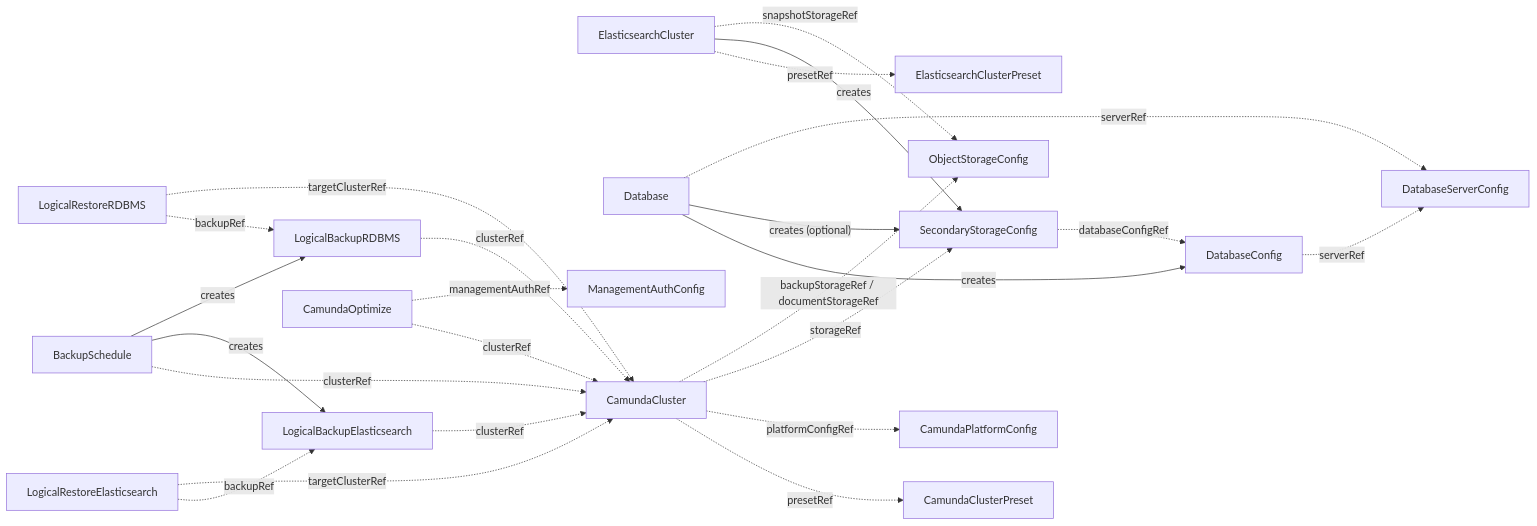
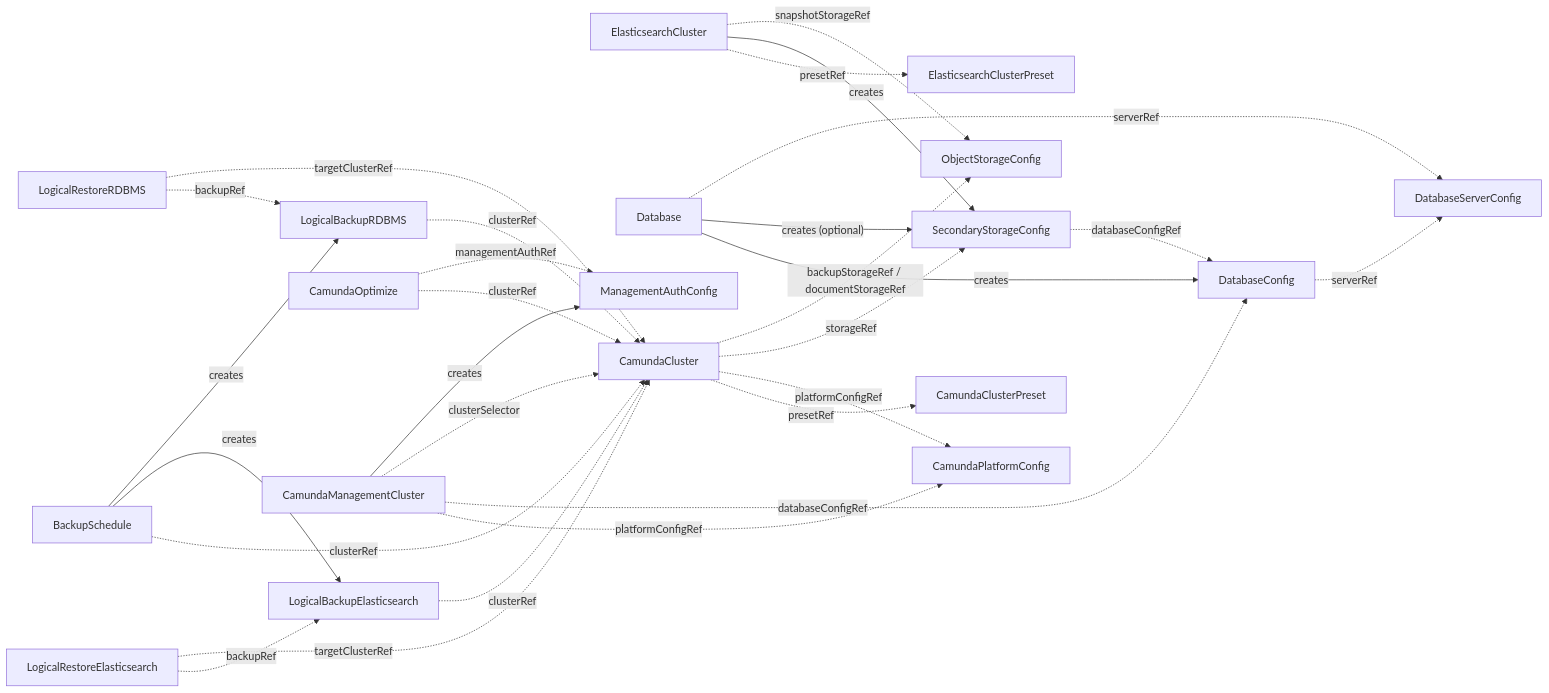
One commit to konsole-is/camunda-operator changed the diagram in docs/crds/index.md. Above: the diagram before and after it, drawn with Mermaid. The commit also changed other lines of this file and 10 other files, not shown here.

````diff
--- a/docs/crds/index.md
+++ b/docs/crds/index.md
@@ -60,48 +66,54 @@
 ```mermaid
 graph LR
     CCP[CamundaClusterPreset]
     PFC[CamundaPlatformConfig]
     ESCP[ElasticsearchClusterPreset]
     ESC[ElasticsearchCluster]
     DB[Database]
     DBSC[DatabaseServerConfig]
     DBC[DatabaseConfig]
     SSC[SecondaryStorageConfig]
     OSC[ObjectStorageConfig]
     CC[CamundaCluster]
     LBE[LogicalBackupElasticsearch]
     LBR[LogicalBackupRDBMS]
     BS[BackupSchedule]
     LRE[LogicalRestoreElasticsearch]
     LRR[LogicalRestoreRDBMS]
     MAC[ManagementAuthConfig]
     OPT[CamundaOptimize]
+    MC[CamundaManagementCluster]
 
     ESC -.->|presetRef| ESCP
     ESC -->|creates| SSC
     ESC -.->|snapshotStorageRef| OSC
     DB -->|creates| DBC
     DB -->|"creates (optional)"| SSC
     DB -.->|serverRef| DBSC
     DBC -.->|serverRef| DBSC
     SSC -.->|databaseConfigRef| DBC
 
     CC -.->|presetRef| CCP
     CC -.->|platformConfigRef| PFC
     CC -.->|storageRef| SSC
     CC -.->|"backupStorageRef / documentStorageRef"| OSC
 
     LBE -.->|clusterRef| CC
     LBR -.->|clusterRef| CC
     LRE -.->|backupRef| LBE
     LRE -.->|targetClusterRef| CC
     LRR -.->|backupRef| LBR
     LRR -.->|targetClusterRef| CC
 
     OPT -.->|clusterRef| CC
     OPT -.->|managementAuthRef| MAC
 
+    MC -.->|platformConfigRef| PFC
+    MC -.->|databaseConfigRef| DBC
+    MC -.->|clusterSelector| CC
+    MC -->|creates| MAC
+
     BS -.->|clusterRef| CC
     BS -->|creates| LBE
     BS -->|creates| LBR
 ```
````
